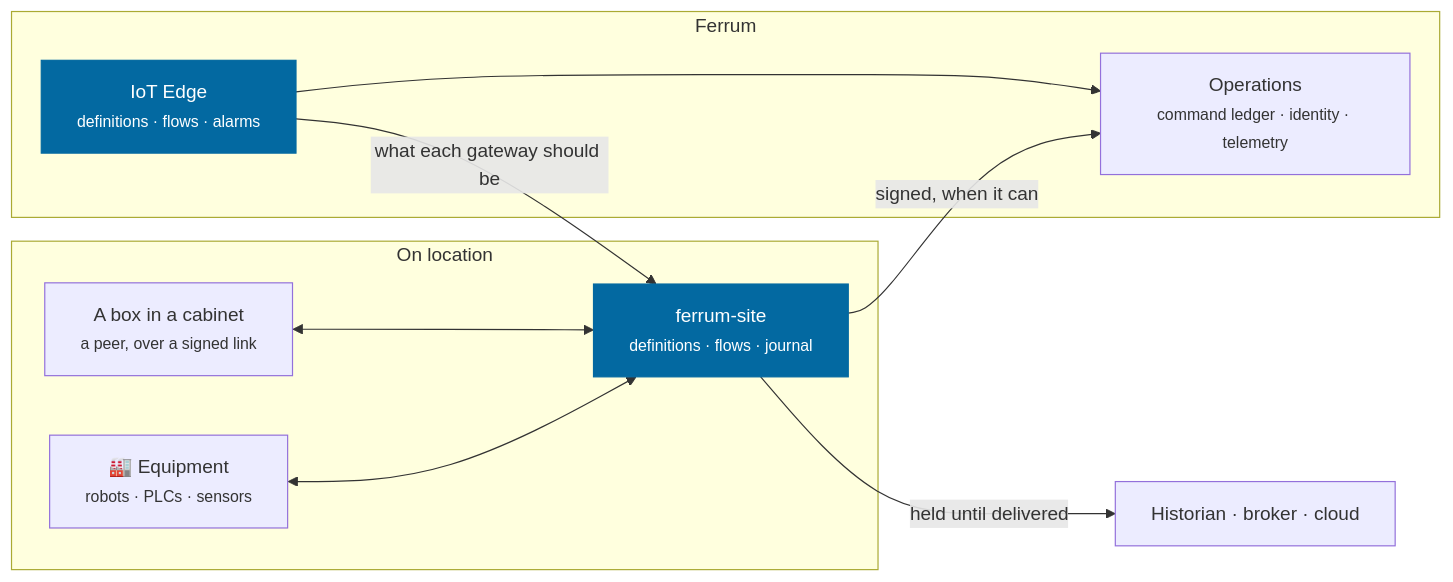
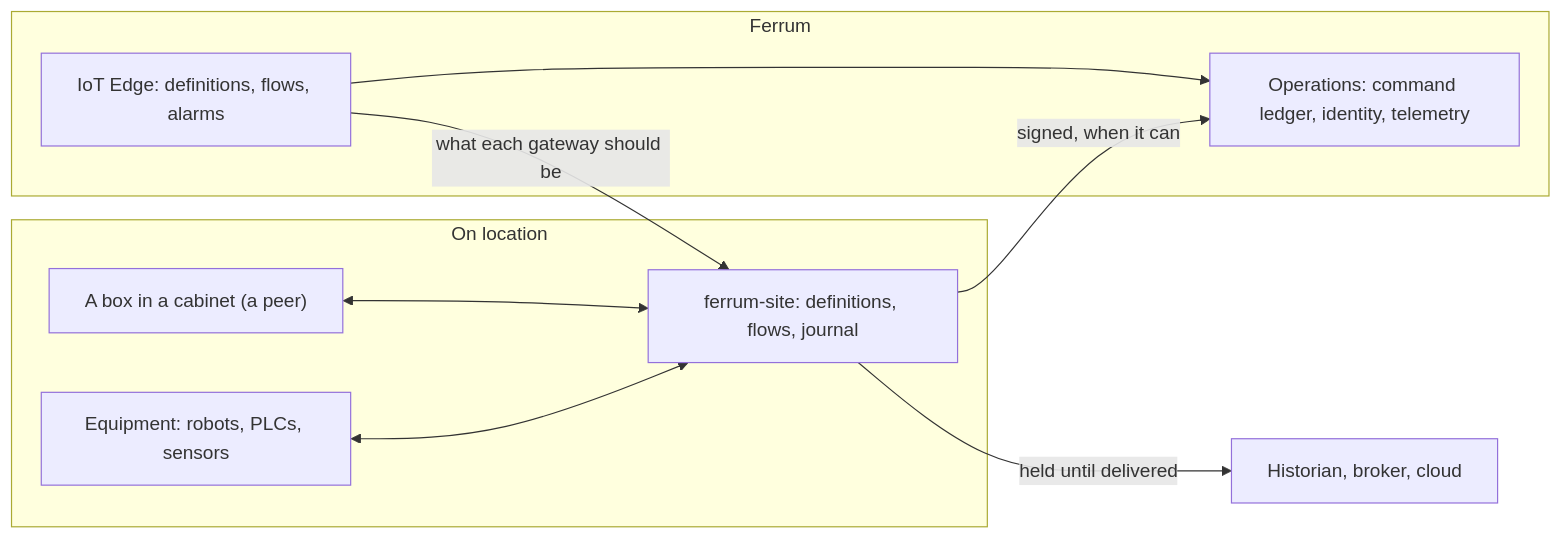
One commit to CBFerrum/ferrum-app-edge changed the first of 3 diagrams in README.md. Above: the diagram before and after it, drawn with Mermaid. The commit also changed other lines of this file and 16 other files, not shown here.

First line of the commit message:
docs: end-to-end README with screenshots, features, comparison and roadmap

````diff
--- a/README.md
+++ b/README.md
@@ -177,21 +259,19 @@
 ```mermaid
 flowchart LR
     subgraph Site["On location"]
-        EQ["🏭 Equipment<br/><small>robots · PLCs · sensors</small>"]
-        BOX["A box in a cabinet<br/><small>a peer, over a signed link</small>"]
-        GW["ferrum-site<br/><small>definitions · flows · journal</small>"]
+        EQ["Equipment: robots, PLCs, sensors"]
+        BOX["A box in a cabinet (a peer)"]
+        GW["ferrum-site: definitions, flows, journal"]
     end
     subgraph Platform["Ferrum"]
-        APP["IoT Edge<br/><small>definitions · flows · alarms</small>"]
-        OPS["Operations<br/><small>command ledger · identity · telemetry</small>"]
+        APP["IoT Edge: definitions, flows, alarms"]
+        OPS["Operations: command ledger, identity, telemetry"]
     end
-    OUT["Historian · broker · cloud"]
+    OUT["Historian, broker, cloud"]
     EQ <--> GW
     BOX <--> GW
     GW -- "signed, when it can" --> OPS
     APP -- "what each gateway should be" --> GW
     APP --> OPS
     GW -- "held until delivered" --> OUT
-    classDef app fill:#0369a1,color:#fff,stroke:#0369a1
-    class APP,GW app
 ```
````
